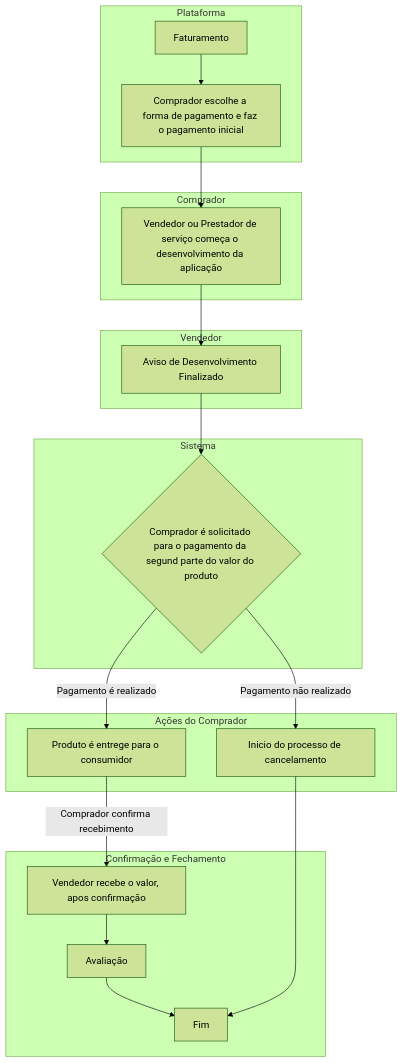
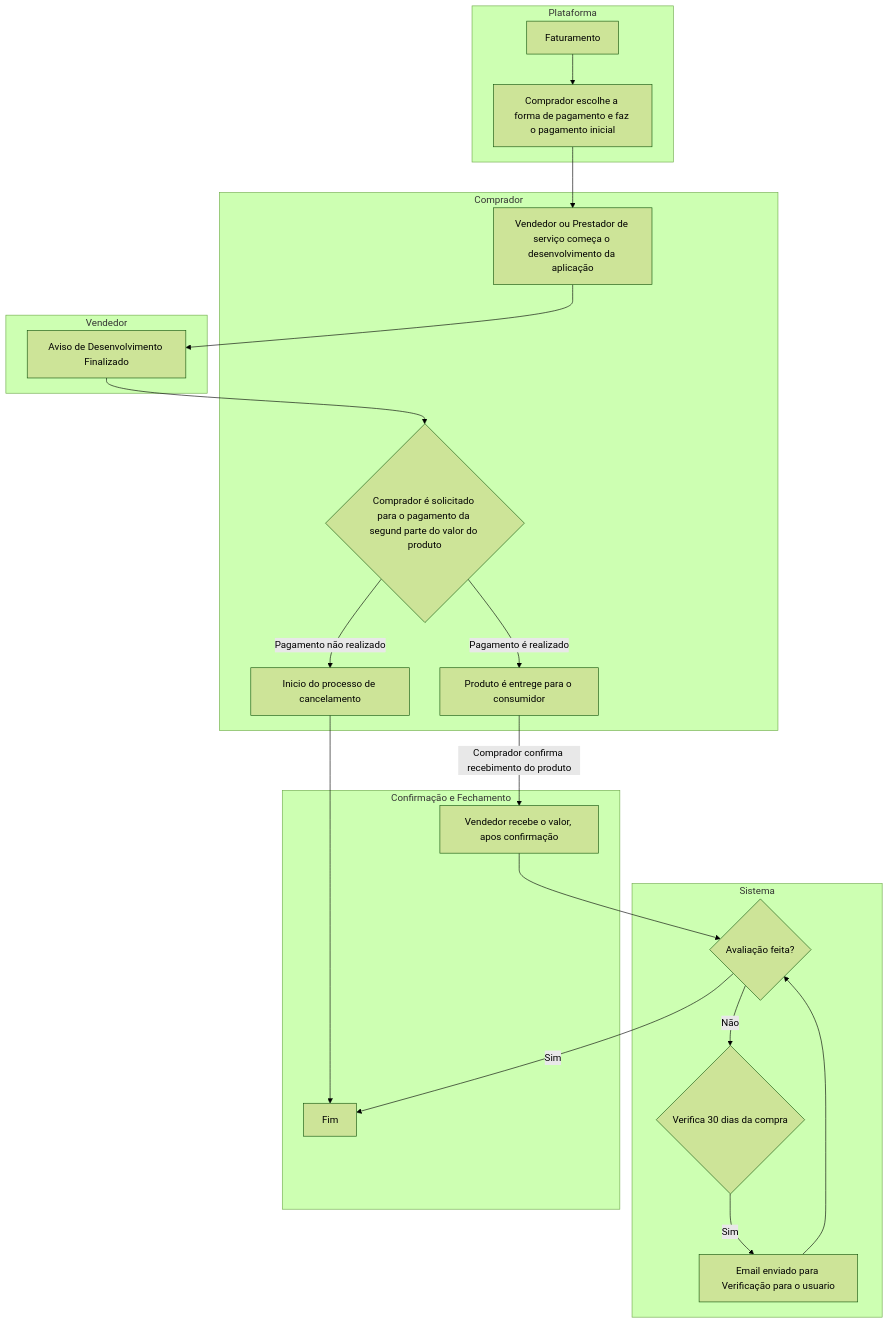
One commit to giovanni1351/EngenhariaDeSoftwareProjeto changed the third of 7 diagrams in Wiki.md. Above: the diagram before and after it, drawn with Mermaid (forest theme). The commit also changed other lines of this file and 3 other files, not shown here.

Commit message:
Adicionando o modelo estrutural e o diagrama de classes

````diff
--- a/Wiki.md
+++ b/Wiki.md
@@ -161,30 +131,33 @@
 ```mermaid
 graph TD;
     subgraph Inicio["Plataforma"]
         Fat[Faturamento]-->PagamentoInicial[Comprador escolhe a forma de pagamento e faz o pagamento inicial]
     end
     
     subgraph Comprador["Comprador"]
         PagamentoInicial --> InicioDoDesenvolvimento[Vendedor ou Prestador de serviço começa o desenvolvimento da aplicação]
+        SolcitacaoPagamentoParte2 --> |Pagamento é realizado|EntregaProd[Produto é entrege para o consumidor]
+        SolcitacaoPagamentoParte2 -->|Pagamento não realizado| CancelamentoPorNaoPagamento[Inicio do processo de cancelamento]
     end
     
     subgraph Vendedor["Vendedor"]
         InicioDoDesenvolvimento--> FimDoDev[Aviso de Desenvolvimento Finalizado]
     end
     
     subgraph Sistema["Sistema"]
         FimDoDev --> SolcitacaoPagamentoParte2{Comprador é solicitado para o pagamento da segund parte do valor do produto}
+        Avaliacao-->|Não| VerificaDataCompra{Verifica 30 dias da compra}
+        VerificaDataCompra-->|Sim| EnviarAvaliação[Email enviado para Verificação para o usuario]
+        EnviarAvaliação --> Avaliacao
     end
     
-    subgraph ProcessoComprador["Ações do Comprador"]
-        SolcitacaoPagamentoParte2 --> |Pagamento é realizado|EntregaProd[Produto é entrege para o consumidor]
-        SolcitacaoPagamentoParte2 -->|Pagamento não realizado| CancelamentoPorNaoPagamento[Inicio do processo de cancelamento]
-    end
     
     subgraph Confirmacao["Confirmação e Fechamento"]
-        EntregaProd -->|Comprador confirma recebimento| PagamentoAoVendedor[Vendedor recebe o valor, apos confirmação]
-        PagamentoAoVendedor--> Avaliacao[Avaliação]
-        Avaliacao--> Fim[Fim]
+        EntregaProd -->|Comprador confirma recebimento do produto| PagamentoAoVendedor[Vendedor recebe o valor, apos confirmação]
+        PagamentoAoVendedor--> Avaliacao{Avaliação feita?}
+        Avaliacao-->|Sim| Fim[Fim]
+
         CancelamentoPorNaoPagamento --> Fim
     end
+
 ```
````
